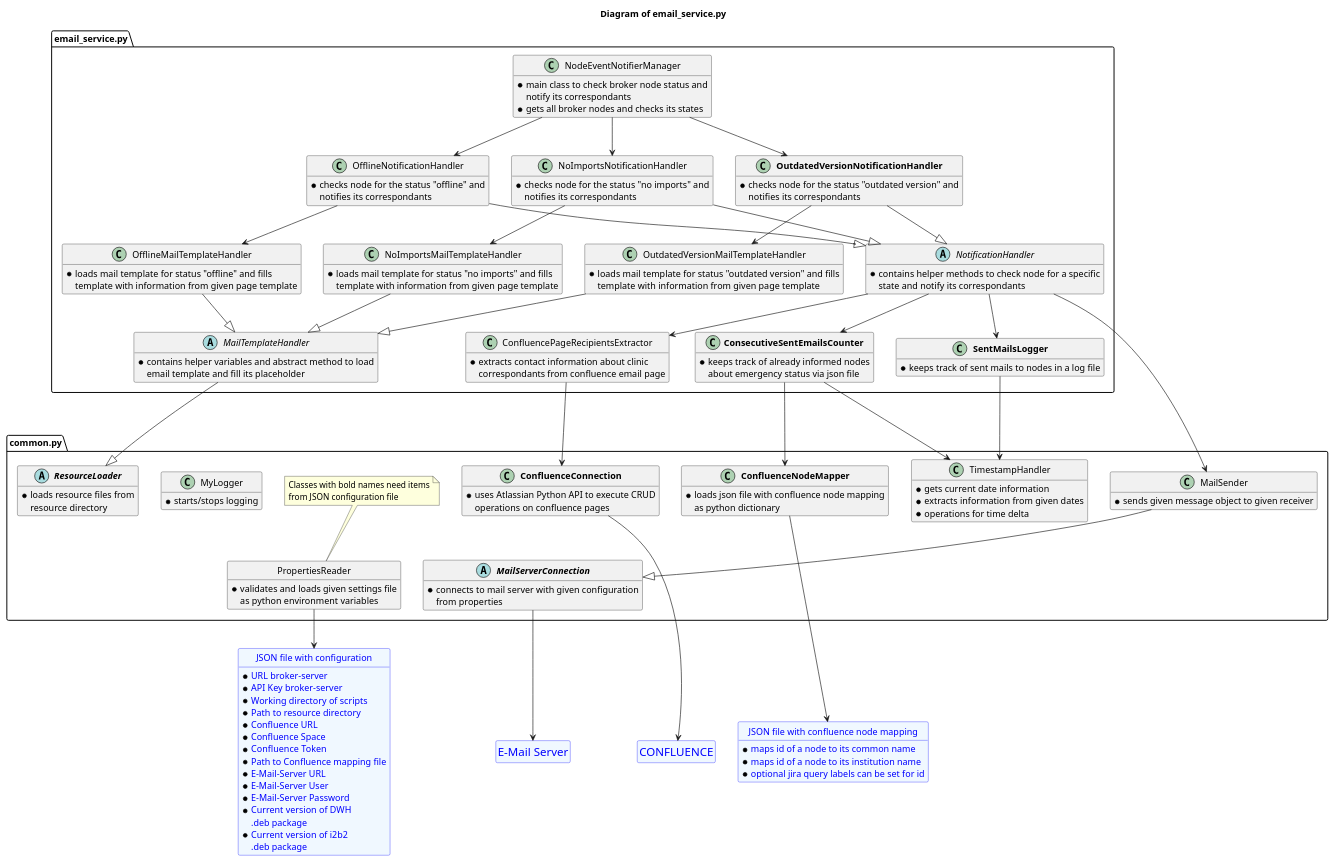
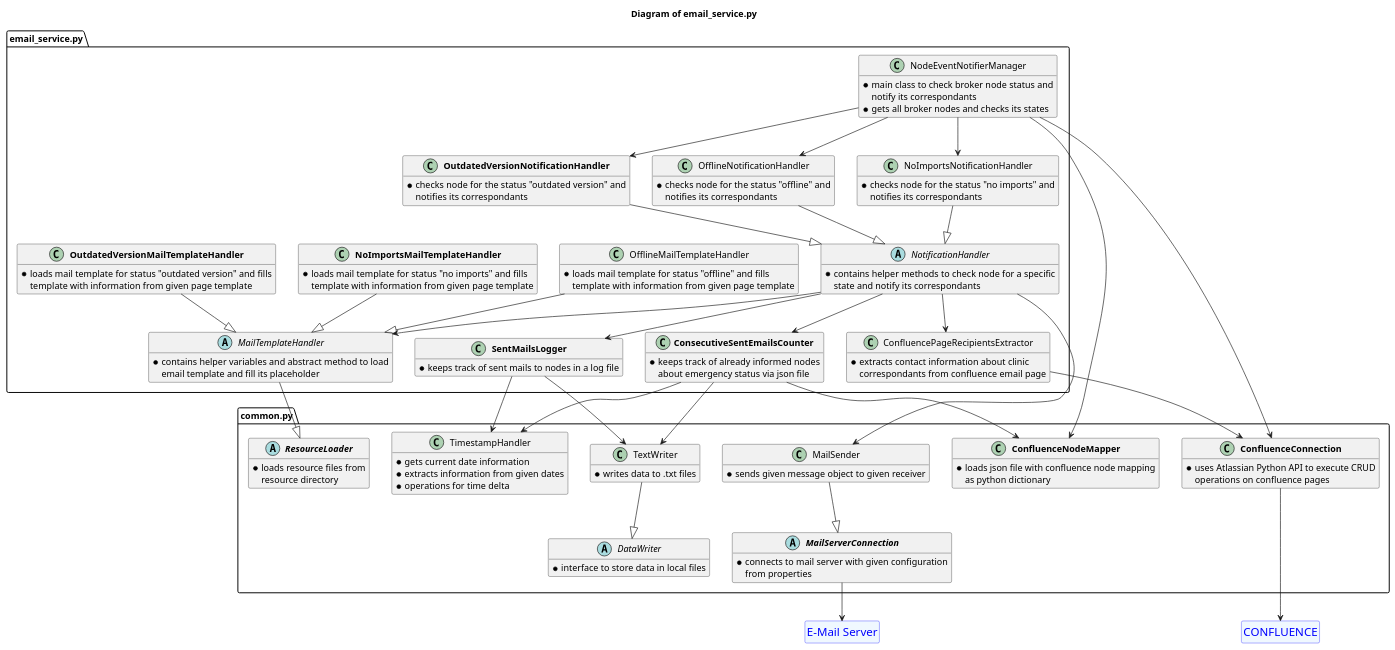
One commit to alexkombie/AKTIN_broker_monitor changed the diagram in docs/email_service.puml. Above: the diagram before and after it, drawn with PlantUML. The commit also changed 1 other file, not shown here.

```diff
--- a/docs/email_service.puml
+++ b/docs/email_service.puml
@@ -1,193 +1,161 @@
 @startuml
 hide methods
 
 title Diagram of email_service.py
 
 entity "<size:18>CONFLUENCE</size>" as confluence
 entity confluence #aliceblue;line:blue;text:blue
 hide confluence members
 hide confluence circle
-
-entity "JSON file with configuration" as settings {
-* URL broker-server
-* API Key broker-server
-* Working directory of scripts
-* Path to resource directory
-* Confluence URL
-* Confluence Space
-* Confluence Token
-* Path to Confluence mapping file
-* E-Mail-Server URL
-* E-Mail-Server User
-* E-Mail-Server Password
-* Current version of DWH
-.deb package
-* Current version of i2b2
-.deb package
-}
-entity settings #aliceblue;line:blue;text:blue
-hide settings circle
-
-entity "JSON file with confluence node mapping" as mapping {
-* maps id of a node to its common name
-* maps id of a node to its institution name
-* optional jira query labels can be set for id
-}
-entity mapping #aliceblue;line:blue;text:blue
-hide mapping circle
 
 entity "<size:18>E-Mail Server</size>" as email
 entity email #aliceblue;line:blue;text:blue
 hide email members
 hide email circle
 
 
 '###################################################################'
 
 package "common.py" as common <<Package>> {
 abstract class "**ResourceLoader**" as ResourceLoader {
 * loads resource files from
 resource directory
 }
 
 class "**ConfluenceConnection**" as ConfluenceConnection {
 * uses Atlassian Python API to execute CRUD
 operations on confluence pages
 }
 
 class "**ConfluenceNodeMapper**" as ConfluenceNodeMapper {
 * loads json file with confluence node mapping
 as python dictionary
 }
 
 class TimestampHandler {
 * gets current date information
 * extracts information from given dates
 * operations for time delta
 }
 
 abstract class "**MailServerConnection**" as MailServerConnection {
 * connects to mail server with given configuration
 from properties
 }
 
 class MailSender {
 * sends given message object to given receiver
 }
 
-class MyLogger {
-* starts/stops logging
+abstract class DataWriter {
+* interface to store data in local files
 }
 
-class PropertiesReader {
-* validates and loads given settings file
-as python environment variables
+class TextWriter {
+* writes data to .txt files
 }
-hide PropertiesReader circle
-note top of PropertiesReader: Classes with bold names need items\nfrom JSON configuration file
 }
+
+TextWriter -d-|> DataWriter
 
 MailServerConnection -d-> email
 MailSender --|> MailServerConnection
 
 ConfluenceConnection -d--> confluence
-ConfluenceNodeMapper -d--> mapping
-PropertiesReader --> settings
 
 '###################################################################'
 
 package "email_service.py" as email_service <<Package>> {
-
 
 abstract class MailTemplateHandler {
 * contains helper variables and abstract method to load
 email template and fill its placeholder
 }
 
 class OfflineMailTemplateHandler {
 * loads mail template for status "offline" and fills
 template with information from given page template
 }
 
-class NoImportsMailTemplateHandler {
+class "**NoImportsMailTemplateHandler**" as NoImportsMailTemplateHandler {
 * loads mail template for status "no imports" and fills
 template with information from given page template
 }
 
-class OutdatedVersionMailTemplateHandler {
+class "**OutdatedVersionMailTemplateHandler**" as OutdatedVersionMailTemplateHandler {
 * loads mail template for status "outdated version" and fills
 template with information from given page template
-}
-
-class ConfluencePageRecipientsExtractor {
-* extracts contact information about clinic
-correspondants from confluence email page
-}
-
-class "**ConsecutiveSentEmailsCounter**" as ConsecutiveSentEmailsCounter {
-* keeps track of already informed nodes
-about emergency status via json file
-}
-
-class "**SentMailsLogger**" as SentMailsLogger {
-* keeps track of sent mails to nodes in a log file
 }
 
 abstract class NotificationHandler {
 * contains helper methods to check node for a specific
 state and notify its correspondants
 }
 
 class OfflineNotificationHandler {
 * checks node for the status "offline" and
 notifies its correspondants
 }
 
 class NoImportsNotificationHandler {
 * checks node for the status "no imports" and
 notifies its correspondants
 }
 
 class "**OutdatedVersionNotificationHandler**" as OutdatedVersionNotificationHandler {
 * checks node for the status "outdated version" and
 notifies its correspondants
 }
 
+class ConfluencePageRecipientsExtractor {
+* extracts contact information about clinic
+correspondants from confluence email page
+}
+
+class "**ConsecutiveSentEmailsCounter**" as ConsecutiveSentEmailsCounter {
+* keeps track of already informed nodes
+about emergency status via json file
+}
+
+class "**SentMailsLogger**" as SentMailsLogger {
+* keeps track of sent mails to nodes in a log file
+}
+
 class NodeEventNotifierManager {
 * main class to check broker node status and
 notify its correspondants
 * gets all broker nodes and checks its states
 }
 }
 
-MailTemplateHandler ---|> ResourceLoader
+MailTemplateHandler --|> ResourceLoader
 OfflineMailTemplateHandler --|> MailTemplateHandler
 NoImportsMailTemplateHandler --|> MailTemplateHandler
 OutdatedVersionMailTemplateHandler --|> MailTemplateHandler
 
-ConfluencePageRecipientsExtractor ---> ConfluenceConnection
-
-ConsecutiveSentEmailsCounter --> TimestampHandler
-ConsecutiveSentEmailsCounter --> ConfluenceNodeMapper
-
-SentMailsLogger --> TimestampHandler
-
+NotificationHandler --> MailTemplateHandler
 NotificationHandler --> ConfluencePageRecipientsExtractor
 NotificationHandler --> SentMailsLogger
 NotificationHandler --> ConsecutiveSentEmailsCounter
 NotificationHandler --> MailSender
 
 OfflineNotificationHandler --|> NotificationHandler
-OfflineNotificationHandler --> OfflineMailTemplateHandler
+NoImportsNotificationHandler --|> NotificationHandler
+OutdatedVersionNotificationHandler --|> NotificationHandler
 
-NoImportsNotificationHandler --|> NotificationHandler
-NoImportsNotificationHandler --> NoImportsMailTemplateHandler
+ConfluencePageRecipientsExtractor --> ConfluenceConnection
 
-OutdatedVersionNotificationHandler --|> NotificationHandler
-OutdatedVersionNotificationHandler --> OutdatedVersionMailTemplateHandler
+ConsecutiveSentEmailsCounter --> TimestampHandler
+ConsecutiveSentEmailsCounter --> TextWriter
+ConsecutiveSentEmailsCounter --> ConfluenceNodeMapper
 
+SentMailsLogger --> TimestampHandler
+SentMailsLogger --> TextWriter
+
+NodeEventNotifierManager --> ConfluenceConnection
+NodeEventNotifierManager --> ConfluenceNodeMapper
 NodeEventNotifierManager --> OfflineNotificationHandler
 NodeEventNotifierManager --> NoImportsNotificationHandler
 NodeEventNotifierManager --> OutdatedVersionNotificationHandler
 
 @enduml
```
